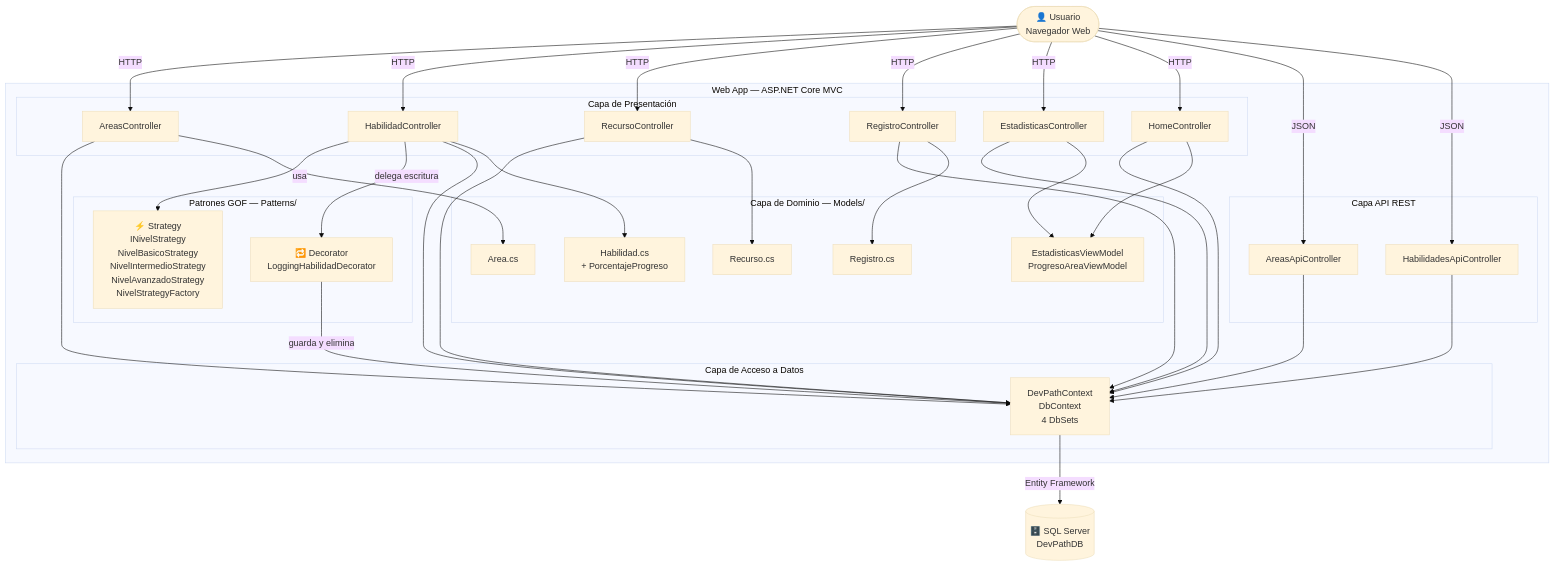
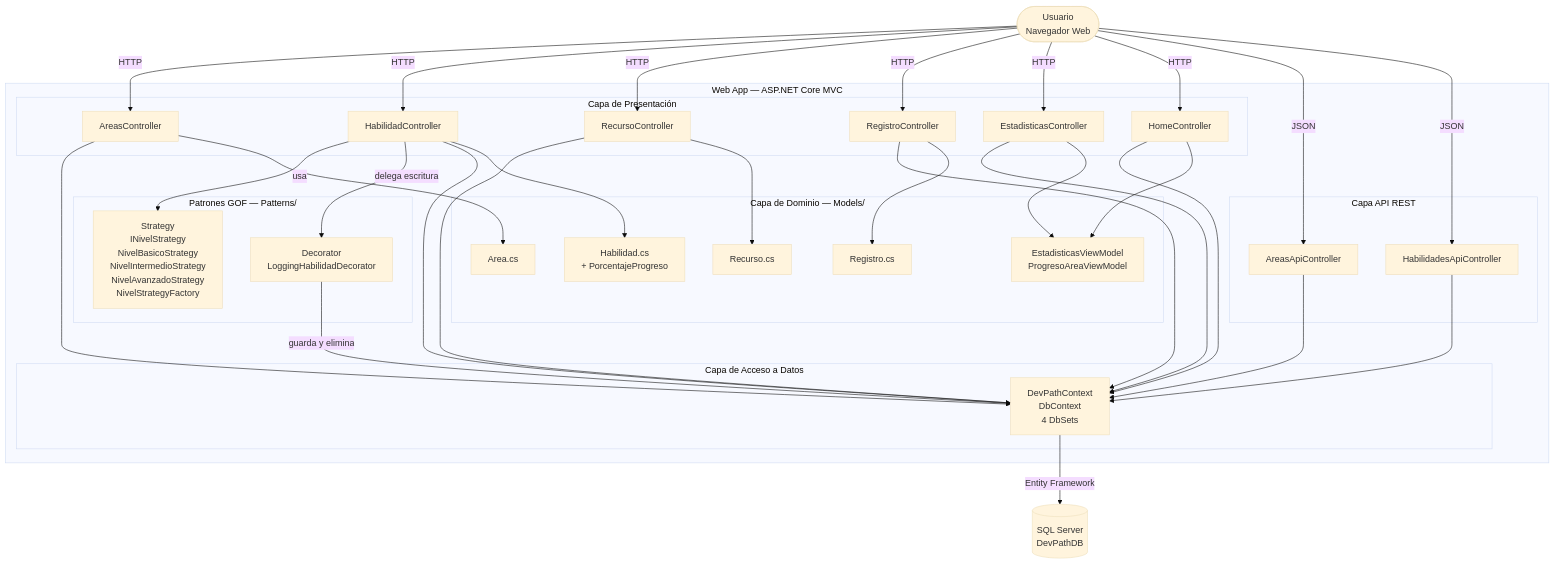
Before and after one commit to Eruviel117/DevPath: the third of 3 diagrams in docs/C4-Diagramas.md, drawn with Mermaid (base theme). The commit also changed other lines of this file, not shown here.

Commit message:
docs; corriguiendo errores de diagrama C4 nivel-2

````diff
--- a/docs/C4-Diagramas.md
+++ b/docs/C4-Diagramas.md
@@ -61,72 +61,72 @@
 ```mermaid
 graph TD
-    Usuario([👤 Usuario\nNavegador Web])
+    Usuario([ Usuario\nNavegador Web])
 
     subgraph WebApp [Web App — ASP.NET Core MVC]
 
         subgraph Presentacion [Capa de Presentación]
             AC[AreasController]
             HC[HabilidadController]
             RC[RecursoController]
             RGC[RegistroController]
             EC[EstadisticasController]
             HMC[HomeController]
         end
 
         subgraph API [Capa API REST]
             AAC[AreasApiController]
             HAC[HabilidadesApiController]
         end
 
         subgraph Patrones [Patrones GOF — Patterns/]
-            STR["⚡ Strategy\nINivelStrategy\nNivelBasicoStrategy\nNivelIntermedioStrategy\nNivelAvanzadoStrategy\nNivelStrategyFactory"]
-            DEC["🔁 Decorator\nLoggingHabilidadDecorator"]
+            STR[" Strategy\nINivelStrategy\nNivelBasicoStrategy\nNivelIntermedioStrategy\nNivelAvanzadoStrategy\nNivelStrategyFactory"]
+            DEC[" Decorator\nLoggingHabilidadDecorator"]
         end
 
         subgraph Dominio [Capa de Dominio — Models/]
             MA[Area.cs]
             MH[Habilidad.cs\n+ PorcentajeProgreso]
             MR[Recurso.cs]
             MRG[Registro.cs]
             VM[EstadisticasViewModel\nProgresoAreaViewModel]
         end
 
         subgraph Datos [Capa de Acceso a Datos]
             CTX[DevPathContext\nDbContext\n4 DbSets]
         end
 
     end
 
-    DB[("🗄️ SQL Server\nDevPathDB")]
+    DB[(" SQL Server\nDevPathDB")]
 
     Usuario -->|HTTP| AC
     Usuario -->|HTTP| HC
     Usuario -->|HTTP| RC
     Usuario -->|HTTP| RGC
     Usuario -->|HTTP| EC
     Usuario -->|HTTP| HMC
     Usuario -->|JSON| AAC
     Usuario -->|JSON| HAC
 
     HC -->|usa| STR
     HC -->|delega escritura| DEC
     DEC -->|guarda y elimina| CTX
 
     AC --> CTX
     HC --> CTX
     RC --> CTX
     RGC --> CTX
     EC --> CTX
     HMC --> CTX
     AAC --> CTX
     HAC --> CTX
 
     CTX -->|Entity Framework| DB
 
     AC --> MA
     HC --> MH
     RC --> MR
     RGC --> MRG
     EC --> VM
     HMC --> VM
 ```
````
